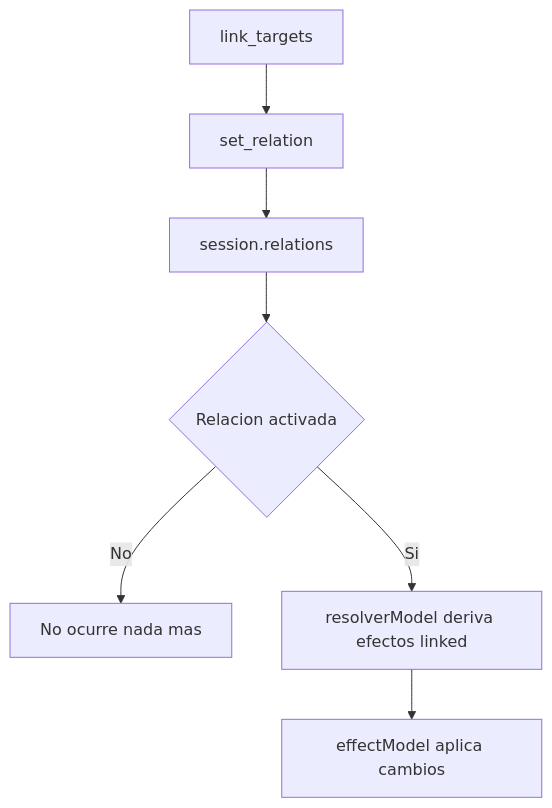
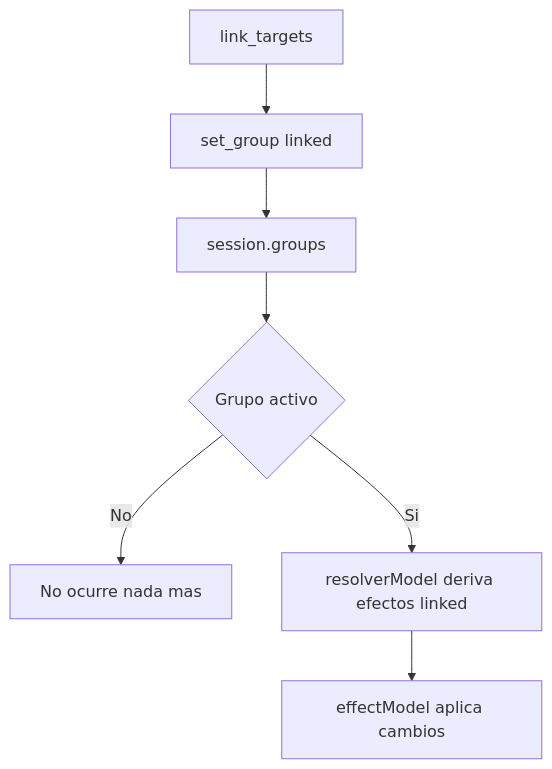
The ninth of 14 diagrams in docs/engine_flow_map.md (juanramonmorandeira/castronegro-director), drawn with Mermaid before and after one commit. The commit also changed other lines of this file and 37 other files, not shown here.

````diff
--- a/docs/engine_flow_map.md
+++ b/docs/engine_flow_map.md
@@ -449,9 +448,9 @@
 ```mermaid
 graph TD
-  A[link_targets] --> B[set_relation]
-  B --> C[session.relations]
-  C --> D{Relacion activada}
+  A[link_targets] --> B[set_group linked]
+  B --> C[session.groups]
+  C --> D{Grupo activo}
   D -->|No| E[No ocurre nada mas]
   D -->|Si| F[resolverModel deriva efectos linked]
   F --> G[effectModel aplica cambios]
 ```
````
